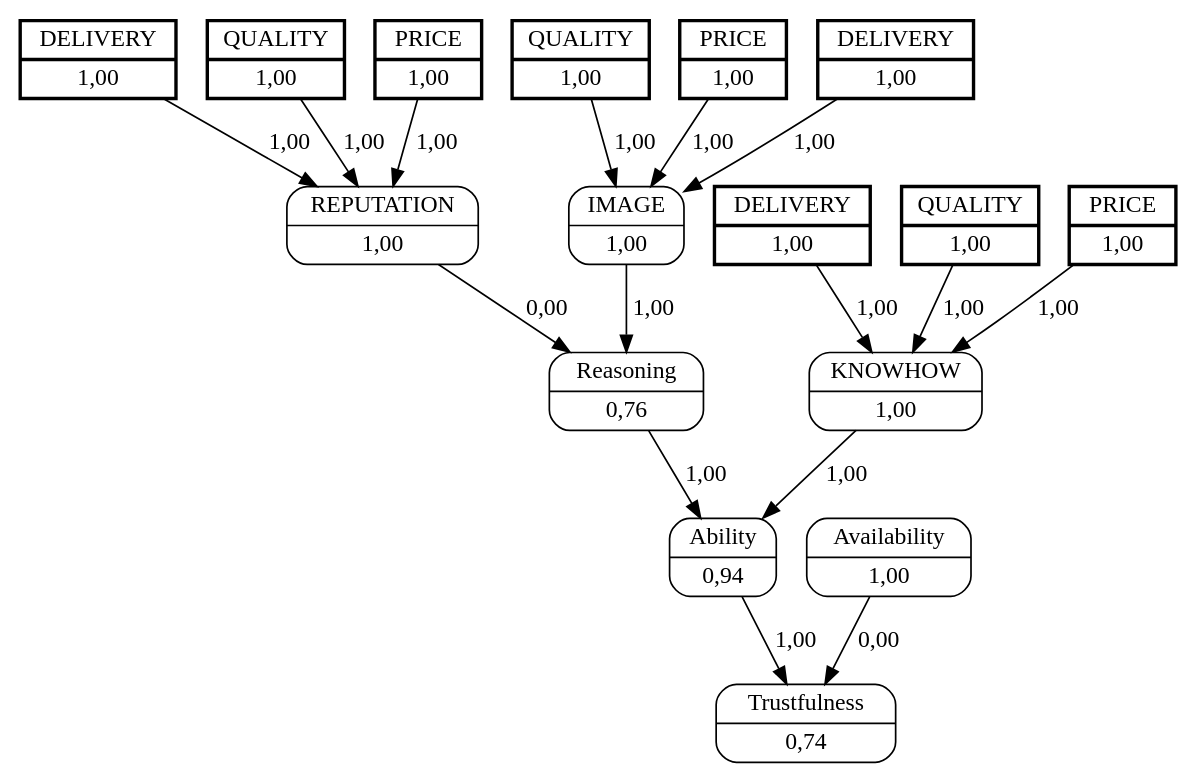
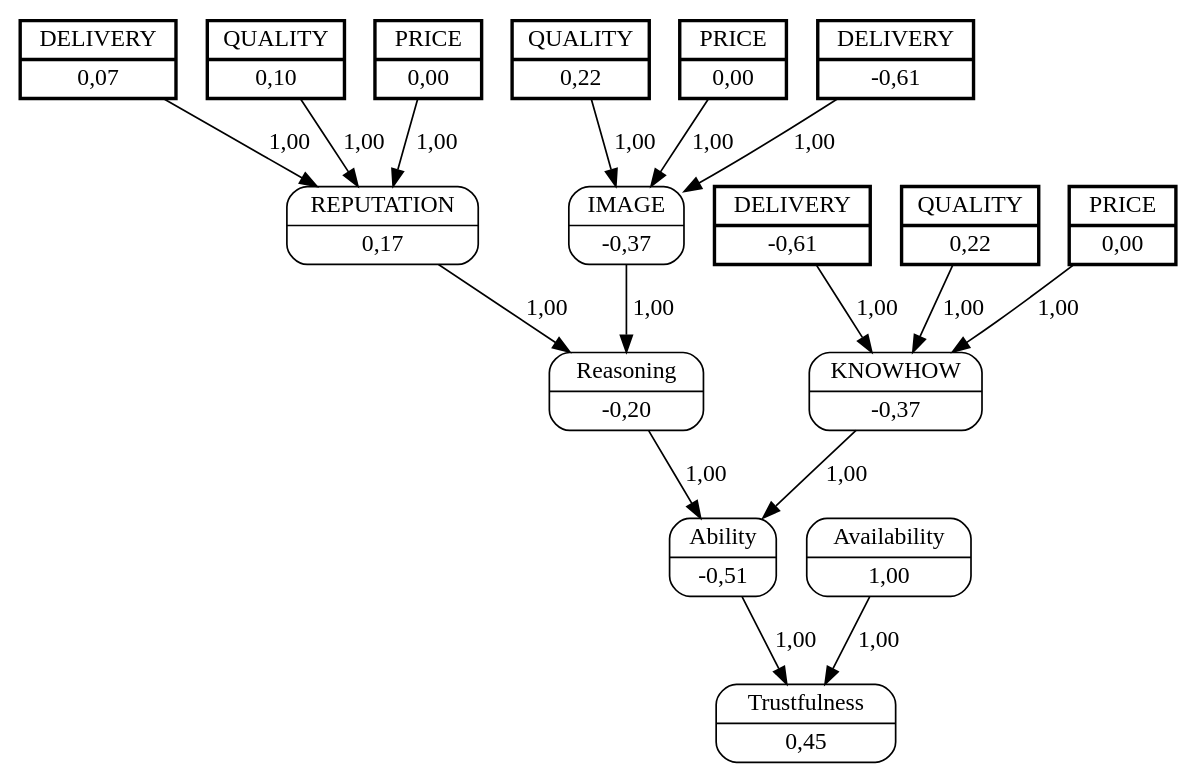
Before and after one commit to jjbaqueta/unload_experiment: the diagram in unload_boxes/dots/buyer2seller1.dot, drawn with Graphviz. The commit also changed 20 other files, not shown here.

```diff
--- a/unload_boxes/dots/buyer2seller1.dot
+++ b/unload_boxes/dots/buyer2seller1.dot
@@ -1,39 +1,39 @@
 digraph FCM_net{
 	node [shape=record, style=rounded]
-	7 [label="{QUALITY | 1,00}", style=bold, penwidth=2, peripheries=2];
-	8 [label="{PRICE | 1,00}", style=bold, penwidth=2, peripheries=2];
-	9 [label="{DELIVERY | 1,00}", style=bold, penwidth=2, peripheries=2];
-	10 [label="{QUALITY | 1,00}", style=bold, penwidth=2, peripheries=2];
-	11 [label="{PRICE | 1,00}", style=bold, penwidth=2, peripheries=2];
-	12 [label="{DELIVERY | 1,00}", style=bold, penwidth=2, peripheries=2];
-	13 [label="{QUALITY | 1,00}", style=bold, penwidth=2, peripheries=2];
-	14 [label="{PRICE | 1,00}", style=bold, penwidth=2, peripheries=2];
-	15 [label="{DELIVERY | 1,00}", style=bold, penwidth=2, peripheries=2];
-	0 [label="{IMAGE | 1,00}"];
-	1 [label="{REPUTATION | 1,00}"];
-	2 [label="{KNOWHOW | 1,00}"];
-	3 [label="{Reasoning | 0,76}"];
-	4 [label="{Ability | 0,94}"];
+	7 [label="{QUALITY | 0,22}", style=bold, penwidth=2, peripheries=2];
+	8 [label="{PRICE | 0,00}", style=bold, penwidth=2, peripheries=2];
+	9 [label="{DELIVERY | -0,61}", style=bold, penwidth=2, peripheries=2];
+	10 [label="{QUALITY | 0,10}", style=bold, penwidth=2, peripheries=2];
+	11 [label="{PRICE | 0,00}", style=bold, penwidth=2, peripheries=2];
+	12 [label="{DELIVERY | 0,07}", style=bold, penwidth=2, peripheries=2];
+	13 [label="{QUALITY | 0,22}", style=bold, penwidth=2, peripheries=2];
+	14 [label="{PRICE | 0,00}", style=bold, penwidth=2, peripheries=2];
+	15 [label="{DELIVERY | -0,61}", style=bold, penwidth=2, peripheries=2];
+	0 [label="{IMAGE | -0,37}"];
+	1 [label="{REPUTATION | 0,17}"];
+	2 [label="{KNOWHOW | -0,37}"];
+	3 [label="{Reasoning | -0,20}"];
+	4 [label="{Ability | -0,51}"];
 	5 [label="{Availability | 1,00}"];
-	6 [label="{Trustfulness | 0,74}"];
-	7 [label="{QUALITY | 1,00}"];
-	8 [label="{PRICE | 1,00}"];
-	9 [label="{DELIVERY | 1,00}"];
-	11 [label="{PRICE | 1,00}"];
-	13 [label="{QUALITY | 1,00}"];
+	6 [label="{Trustfulness | 0,45}"];
+	7 [label="{QUALITY | 0,22}"];
+	8 [label="{PRICE | 0,00}"];
+	9 [label="{DELIVERY | -0,61}"];
+	11 [label="{PRICE | 0,00}"];
+	13 [label="{QUALITY | 0,22}"];
 	0 -> 3 [label = "1,00"];
-	1 -> 3 [label = "0,00"];
+	1 -> 3 [label = "1,00"];
 	3 -> 4 [label = "1,00"];
 	2 -> 4 [label = "1,00"];
 	4 -> 6 [label = "1,00"];
-	5 -> 6 [label = "0,00"];
+	5 -> 6 [label = "1,00"];
 	7 -> 0 [label = "1,00"];
 	8 -> 0 [label = "1,00"];
 	9 -> 0 [label = "1,00"];
 	10 -> 1 [label = "1,00"];
 	11 -> 1 [label = "1,00"];
 	12 -> 1 [label = "1,00"];
 	13 -> 2 [label = "1,00"];
 	14 -> 2 [label = "1,00"];
 	15 -> 2 [label = "1,00"];
 }
```
